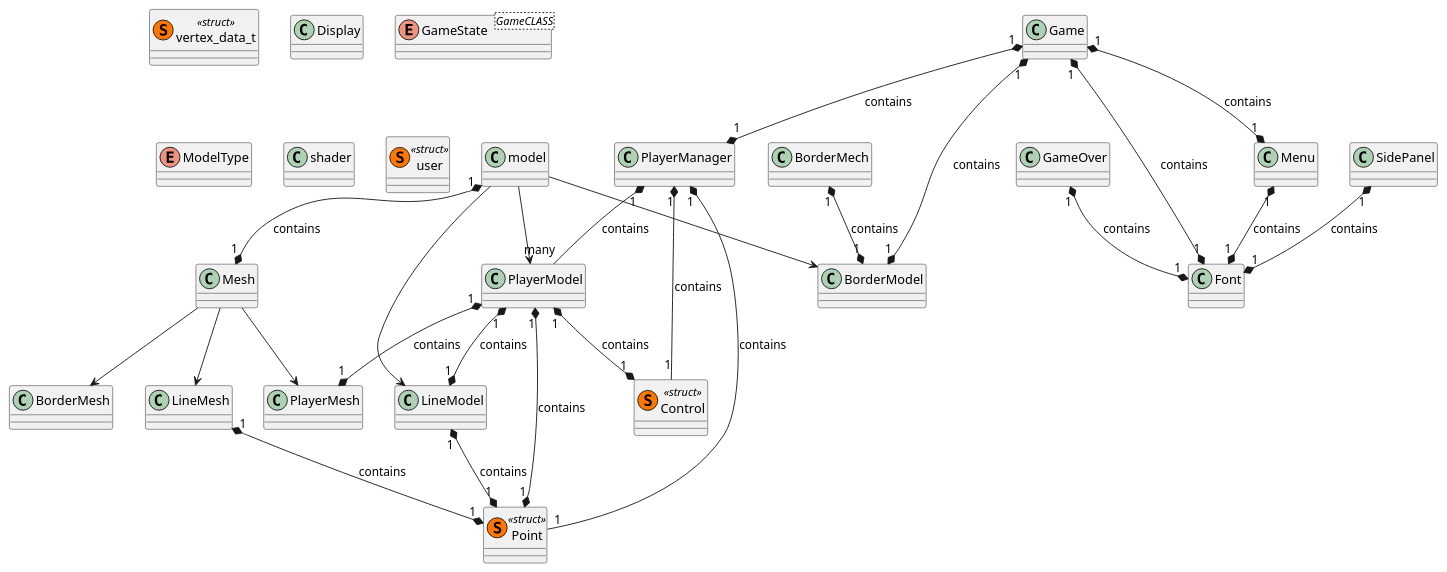
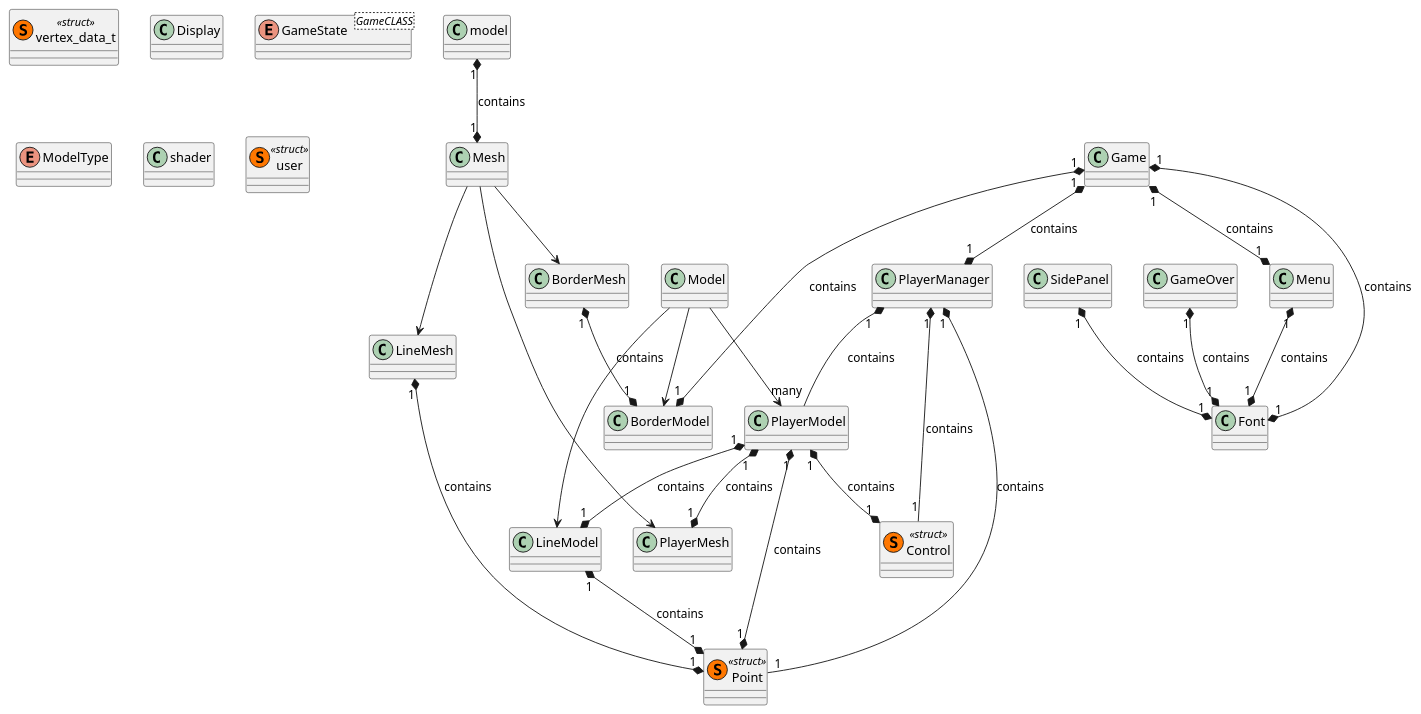
One commit to hvlds/kurve changed the diagram in docs/CDabbreviation.plantuml. Above: the diagram before and after it, drawn with PlantUML. The commit also changed 4 other files, not shown here.

Commit message:
add reduced uml for Mesh, Model, playermanager and Font

```diff
--- a/docs/CDabbreviation.plantuml
+++ b/docs/CDabbreviation.plantuml
@@ -1,110 +1,110 @@
 @startuml UML
 
 class Mesh 
 Mesh --> BorderMesh
 Mesh --> LineMesh
 Mesh --> PlayerMesh
 
 class Mesh {
 
 }
 
 class vertex_data_t<<(S,#FF7700)struct>> {
 
 }
 
-BorderMech "1" *--* "1" BorderModel : contains
-class BorderMech {
+BorderMesh "1" *--* "1" BorderModel : contains
+class BorderMesh {
 
 }
 
 class BorderModel {
 
 }
 class Display {
 
 }
 Game "1" *--* "1" PlayerManager : contains
 Game "1" *--* "1" BorderModel : contains
 Game "1" *--* "1" Font : contains
 Game "1" *--* "1" Menu : contains
 
 
 class Game {
  
 
 } 
     enum GameState<GameCLASS> {
  
 }
 
 LineMesh "1" *--* "1" Point : contains
 class LineMesh {
 
 }
 
 LineModel "1" *--* "1" Point : contains
 class LineModel {
 
 }
-class model
-model --> BorderModel
-model --> LineModel
-model --> PlayerModel
+class Model
+Model --> BorderModel
+Model --> LineModel
+Model --> PlayerModel
 
 model "1" *--* "1" Mesh : contains
-class model {
+class Model {
 
 }
 enum ModelType {
 
 }
 
 PlayerManager "1" *-- "many" PlayerModel : contains
 PlayerManager "1" *-- "1" Point : contains
 PlayerManager "1" *-- "1" Control : contains
 class PlayerManager {
  
 }
 
 PlayerModel "1" *--* "1" PlayerMesh : contains
 PlayerModel "1" *--* "1" Point : contains
 PlayerModel "1" *--* "1" LineModel : contains
 PlayerModel "1" *--* "1" Control : contains
 class PlayerModel {
 
 }
 class Control<<(S,#FF7700)struct>>{
 
 }
 class Point <<(S,#FF7700)struct>> {
 
 }
 class shader {
 
 }
 class user<<(S,#FF7700)struct>> {
 
 }
 
 SidePanel "1" *--* "1" Font : contains
 class SidePanel {
 
 }
 Menu "1" *--* "1" Font : contains
 
 class Menu {
 
 }
 class Font {
 
 }
 
 class Control<<(S,#FF7700)struct>> {
 
 }
 GameOver "1" *--* "1" Font : contains
 class GameOver {
 
 }
 @enduml
```
